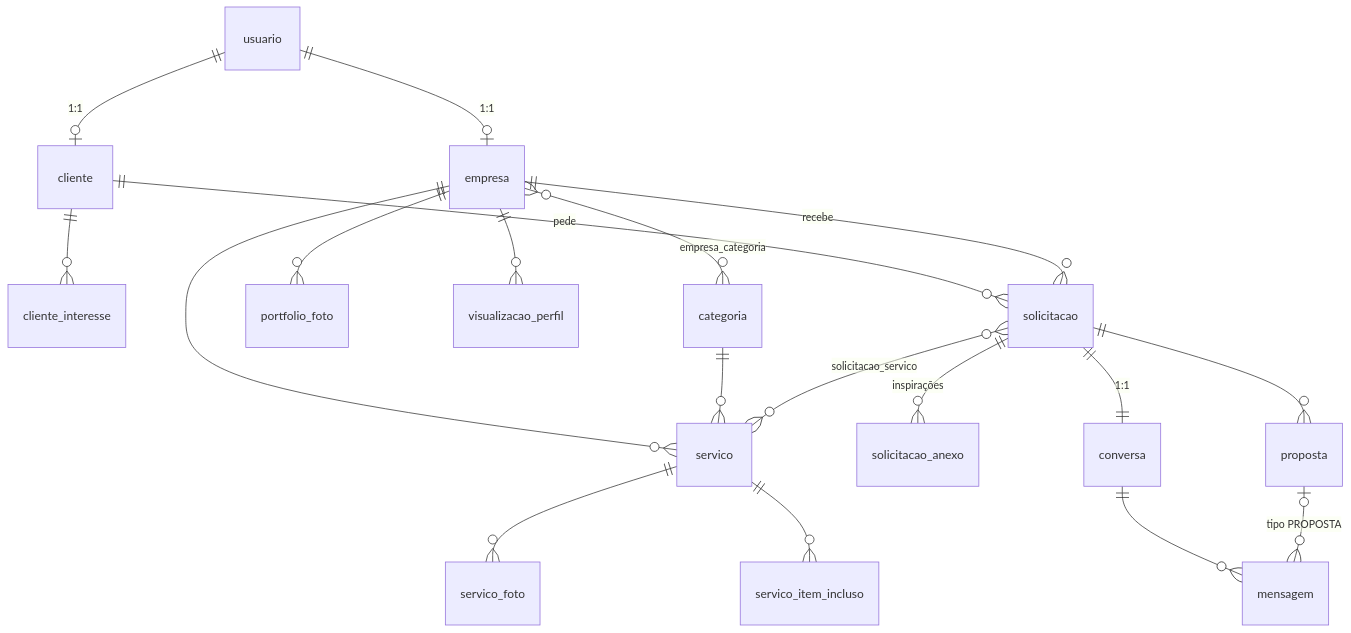
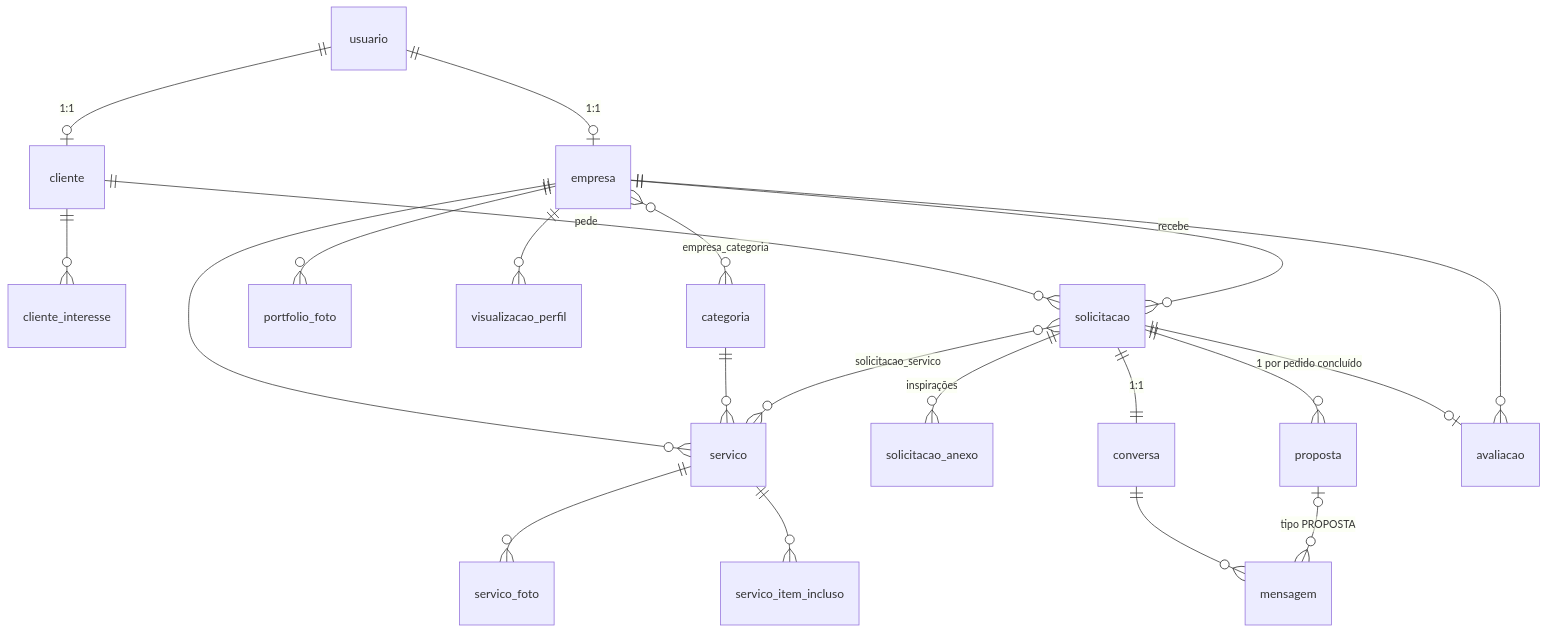
One commit to PedroLuizR/SyncEvents changed the second of 5 diagrams in docs/arquitetura.md. Above: the diagram before and after it, drawn with Mermaid. The commit also changed other lines of this file and 61 other files, not shown here.

````diff
--- a/docs/arquitetura.md
+++ b/docs/arquitetura.md
@@ -63,21 +64,23 @@
 ```mermaid
 erDiagram
     usuario ||--o| cliente : "1:1"
     usuario ||--o| empresa : "1:1"
     cliente ||--o{ cliente_interesse : ""
     empresa }o--o{ categoria : "empresa_categoria"
     empresa ||--o{ portfolio_foto : ""
     empresa ||--o{ servico : ""
     categoria ||--o{ servico : ""
     servico ||--o{ servico_foto : ""
     servico ||--o{ servico_item_incluso : ""
     empresa ||--o{ visualizacao_perfil : ""
     cliente ||--o{ solicitacao : "pede"
     empresa ||--o{ solicitacao : "recebe"
     solicitacao }o--o{ servico : "solicitacao_servico"
     solicitacao ||--o{ solicitacao_anexo : "inspirações"
     solicitacao ||--o{ proposta : ""
     solicitacao ||--|| conversa : "1:1"
     conversa ||--o{ mensagem : ""
     proposta |o--o{ mensagem : "tipo PROPOSTA"
+    solicitacao ||--o| avaliacao : "1 por pedido concluído"
+    empresa ||--o{ avaliacao : ""
 ```
````
